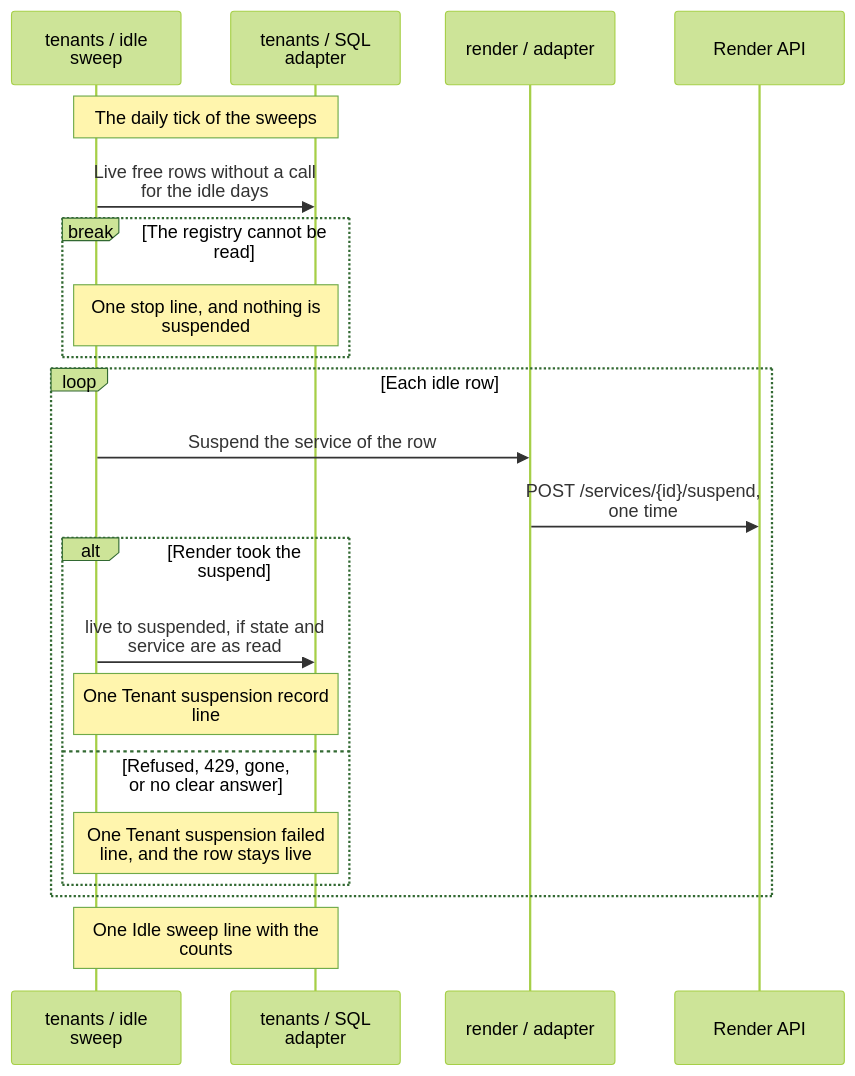
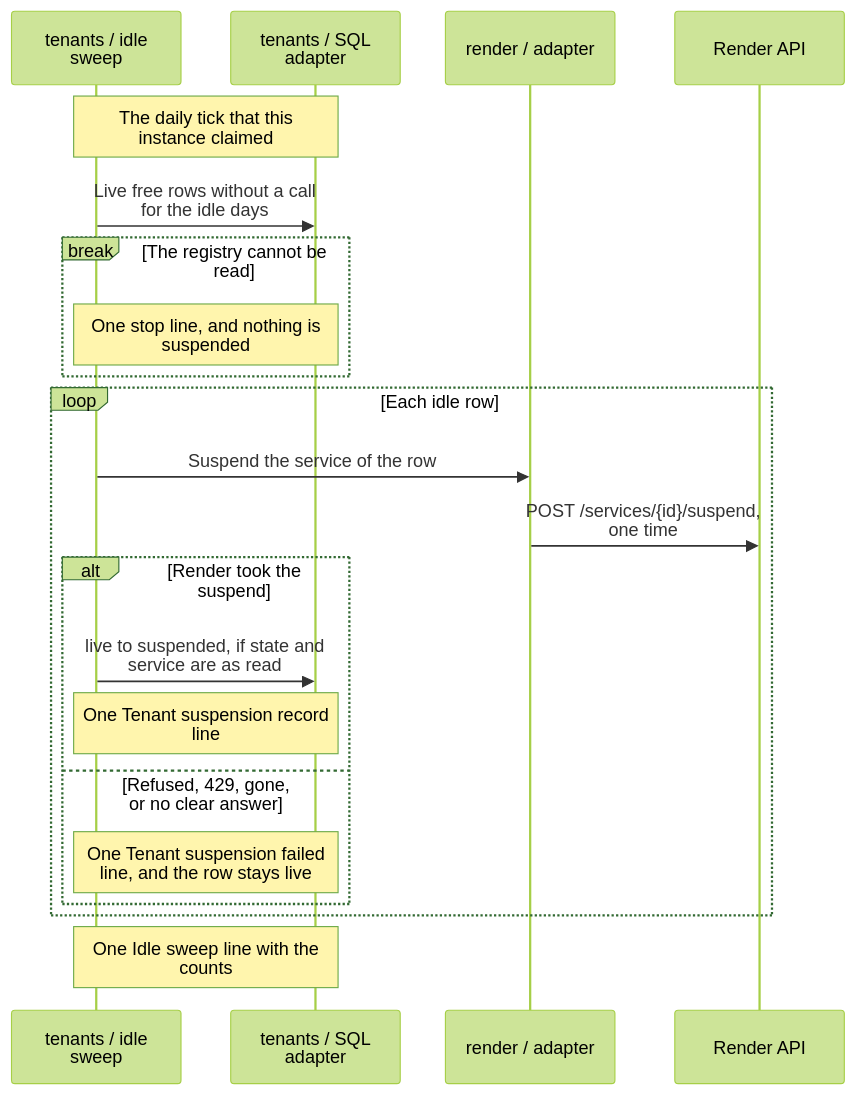
One commit to tomer-mayara/Thermus changed diagram 21 of 24 in architecture/components.md. Above: the diagram before and after it, drawn with Mermaid (forest theme). The commit also changed other lines of this file and 20 other files, not shown here.

First line of the commit message:
Run the tenant sweeps one time per tick across the two instances of a deploy (SO-12 rehearsal finding) (#311)

````diff
--- a/architecture/components.md
+++ b/architecture/components.md
@@ -1843,24 +1866,24 @@
 ```mermaid
 %%{init: {"sequence": {"wrap": true, "actorMargin": 40, "width": 150}}}%%
 sequenceDiagram
   participant Sweep as tenants / idle sweep
   participant Store as tenants / SQL adapter
   participant Render as render / adapter
   participant API as Render API
-  Note over Sweep,Store: The daily tick of the sweeps
+  Note over Sweep,Store: The daily tick that this instance claimed
   Sweep->>Store: Live free rows without a call for the idle days
   break The registry cannot be read
     Note over Sweep,Store: One stop line, and nothing is suspended
   end
   loop Each idle row
     Sweep->>Render: Suspend the service of the row
     Render->>API: POST /services/{id}/suspend, one time
     alt Render took the suspend
       Sweep->>Store: live to suspended, if state and service are as read
       Note over Sweep,Store: One Tenant suspension record line
     else Refused, 429, gone, or no clear answer
       Note over Sweep,Store: One Tenant suspension failed line, and the row stays live
     end
   end
   Note over Sweep,Store: One Idle sweep line with the counts
 ```
````
